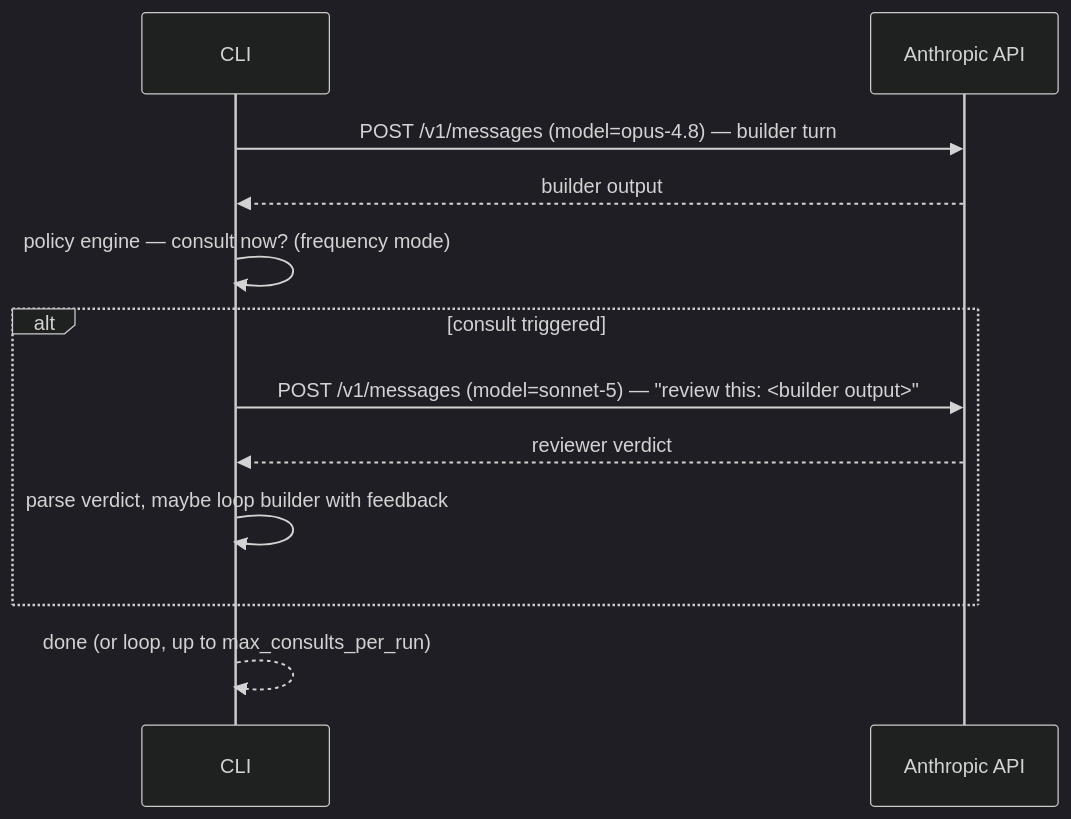
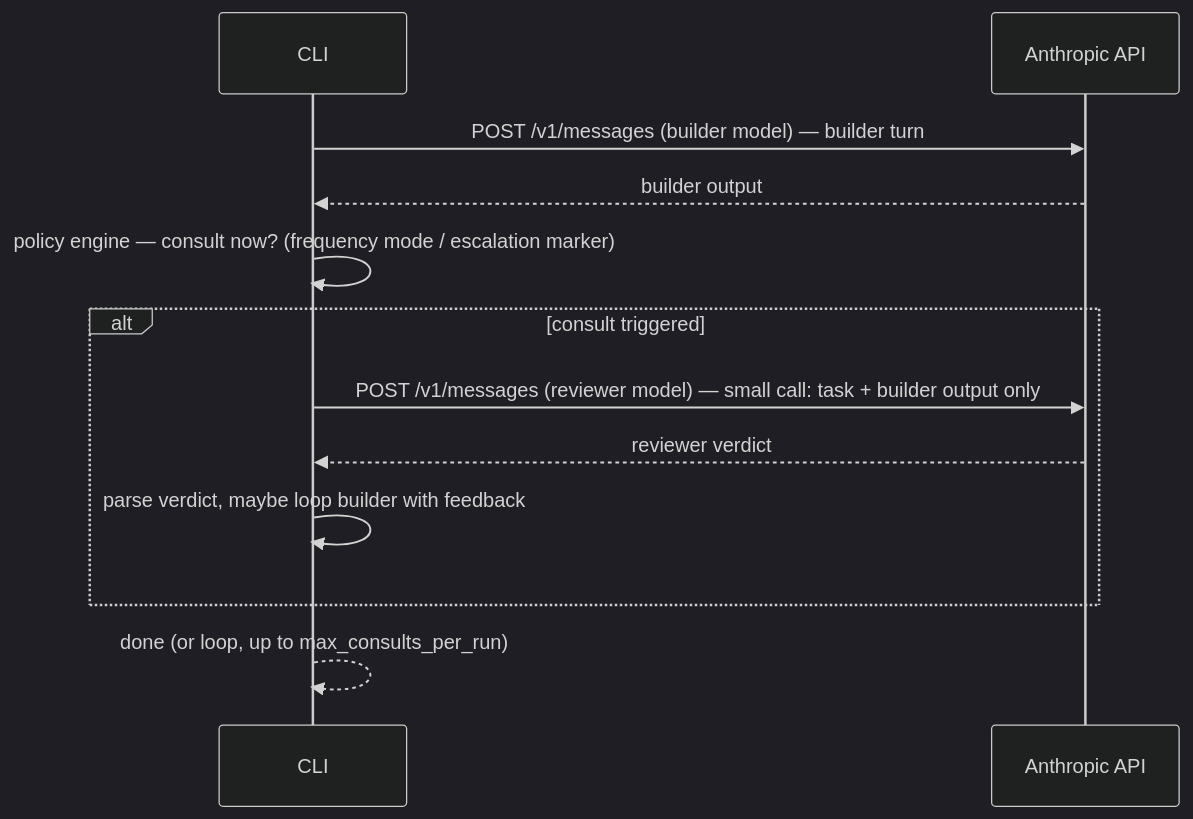
One commit to RadekCihlar/advisor-orchestrator changed the second of 3 diagrams in docs/design.md. Above: the diagram before and after it, drawn with Mermaid (dark theme). The commit also changed other lines of this file and 1 other file, not shown here.

````diff
--- a/docs/design.md
+++ b/docs/design.md
@@ -140,14 +133,14 @@
 ```mermaid
 sequenceDiagram
     participant CLI
     participant API as Anthropic API
-    CLI->>API: POST /v1/messages (model=opus-4.8) — builder turn
+    CLI->>API: POST /v1/messages (builder model) — builder turn
     API-->>CLI: builder output
-    CLI->>CLI: policy engine — consult now? (frequency mode)
+    CLI->>CLI: policy engine — consult now? (frequency mode / escalation marker)
     alt consult triggered
-        CLI->>API: POST /v1/messages (model=sonnet-5) — "review this: <builder output>"
+        CLI->>API: POST /v1/messages (reviewer model) — small call: task + builder output only
         API-->>CLI: reviewer verdict
         CLI->>CLI: parse verdict, maybe loop builder with feedback
     end
     CLI-->>CLI: done (or loop, up to max_consults_per_run)
 ```
````
